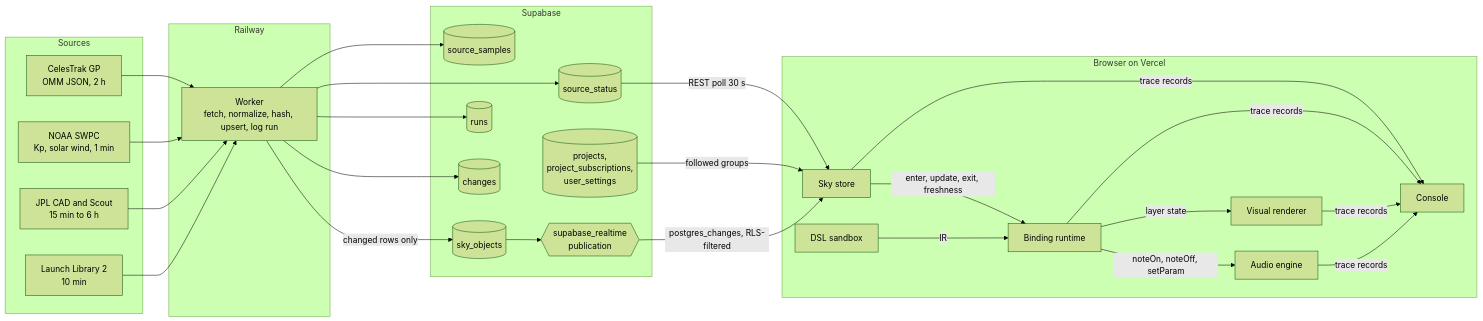
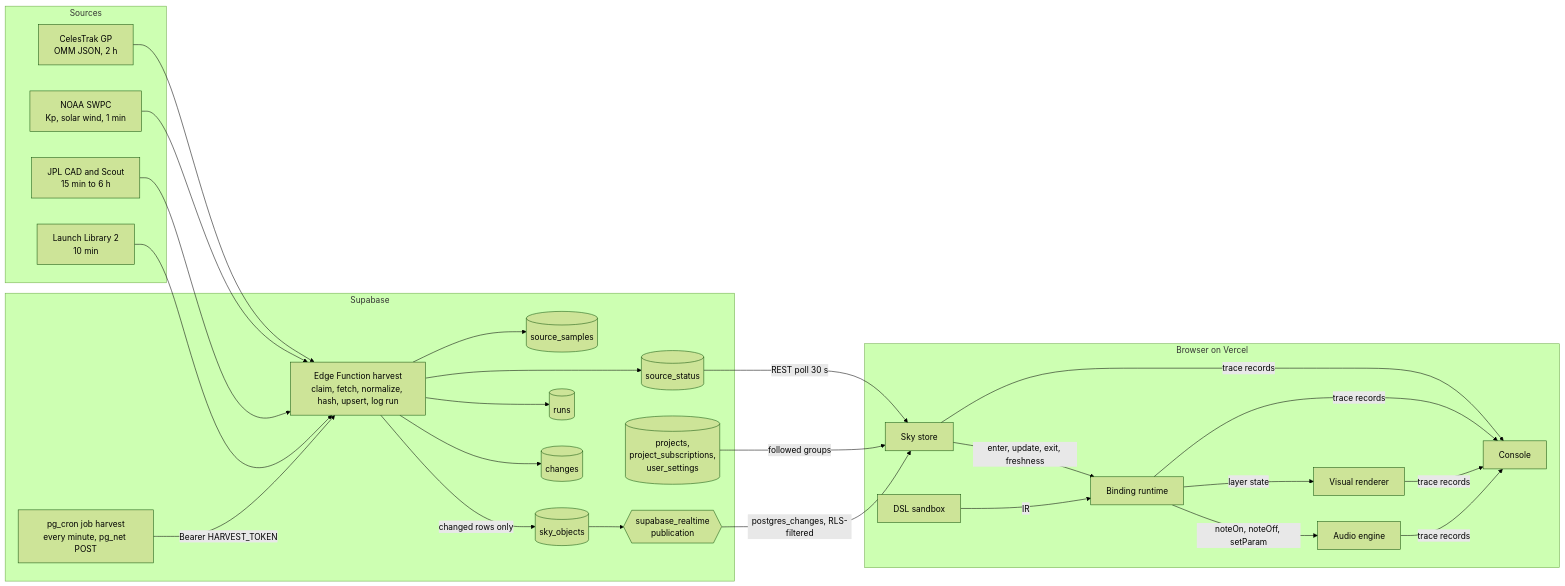
The diagram in doc/architecture.md (victor-almaraz/mpcs-51238-assignment-5), drawn with Mermaid (forest theme) before and after one commit. The commit also changed other lines of this file and 8 other files, not shown here.

First line of the commit message:
Move the worker to a Supabase Edge Function on pg_cron

````diff
--- a/doc/architecture.md
+++ b/doc/architecture.md
@@ -7,40 +7,40 @@
 ```mermaid
 flowchart LR
   subgraph Sources
     CT[CelesTrak GP<br/>OMM JSON, 2 h]
     SW[NOAA SWPC<br/>Kp, solar wind, 1 min]
     JPL[JPL CAD and Scout<br/>15 min to 6 h]
     LL[Launch Library 2<br/>10 min]
   end
-  subgraph Railway
-    W[Worker<br/>fetch, normalize, hash, upsert, log run]
-  end
   subgraph Supabase
+    CR[pg_cron job harvest<br/>every minute, pg_net POST]
+    W[Edge Function harvest<br/>claim, fetch, normalize, hash, upsert, log run]
     SO[(sky_objects)]
     CH[(changes)]
     RU[(runs)]
     SS[(source_status)]
     SM[(source_samples)]
     PR[(projects,<br/>project_subscriptions,<br/>user_settings)]
     PUB{{supabase_realtime<br/>publication}}
   end
   subgraph Browser on Vercel
     ST[Sky store]
     DSL[DSL sandbox]
     BR[Binding runtime]
     AU[Audio engine]
     VI[Visual renderer]
     CO[Console]
   end
+  CR -->|Bearer HARVEST_TOKEN| W
   CT & SW & JPL & LL --> W
   W -->|changed rows only| SO
   W --> CH & RU & SS & SM
   SO --> PUB -->|postgres_changes, RLS-filtered| ST
   SS -->|REST poll 30 s| ST
   PR -->|followed groups| ST
   DSL -->|IR| BR
   ST -->|enter, update, exit, freshness| BR
   BR -->|noteOn, noteOff, setParam| AU
   BR -->|layer state| VI
   ST & BR & AU & VI -->|trace records| CO
 ```
````
